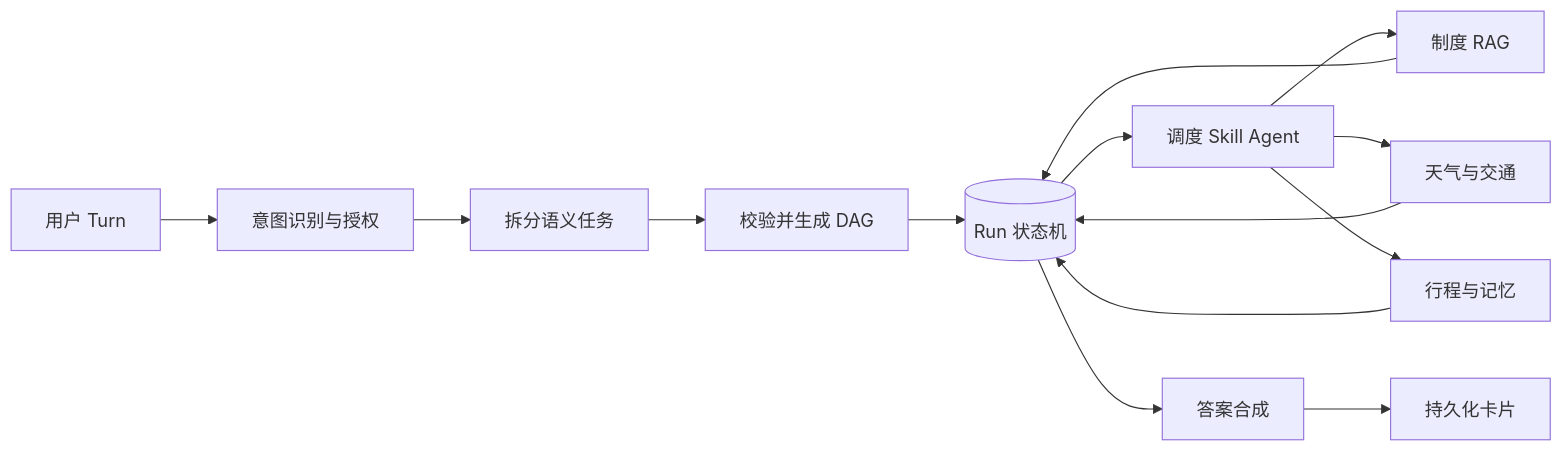
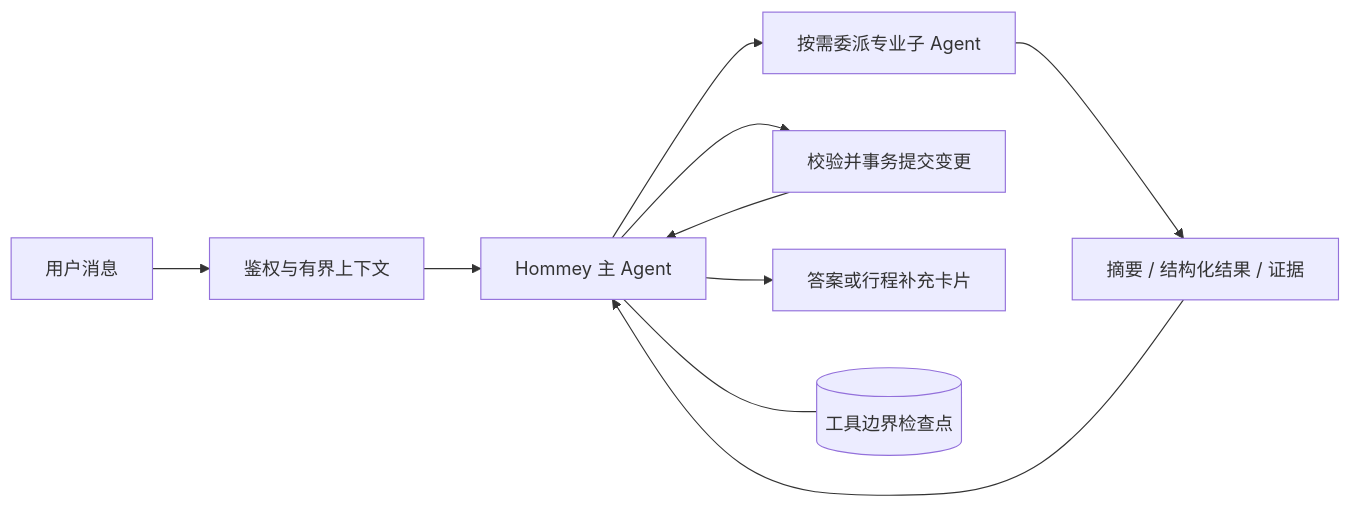
One commit to KOVcharles/Hommey changed the diagram in README.md. Above: the diagram before and after it, drawn with Mermaid. The commit also changed other lines of this file and 137 other files, not shown here.

````diff
--- a/README.md
+++ b/README.md
@@ -84,16 +84,12 @@
 ```mermaid
 flowchart LR
-    U[用户 Turn] --> I[意图识别与授权]
-    I --> D[拆分语义任务]
-    D --> V[校验并生成 DAG]
-    V --> S[(Run 状态机)]
-    S --> E[调度 Skill Agent]
-    E --> P[制度 RAG]
-    E --> Q[天气与交通]
-    E --> M[行程与记忆]
-    P --> S
-    Q --> S
-    M --> S
-    S --> C[答案合成]
-    C --> UI[持久化卡片]
+    U[用户消息] --> C[鉴权与有界上下文]
+    C --> M[Hommey 主 Agent]
+    M --> S[按需委派专业子 Agent]
+    S --> R[摘要 / 结构化结果 / 证据]
+    R --> M
+    M --> V[校验并事务提交变更]
+    V --> M
+    M --> UI[答案或行程补充卡片]
+    M --- DB[(工具边界检查点)]
 ```
````
